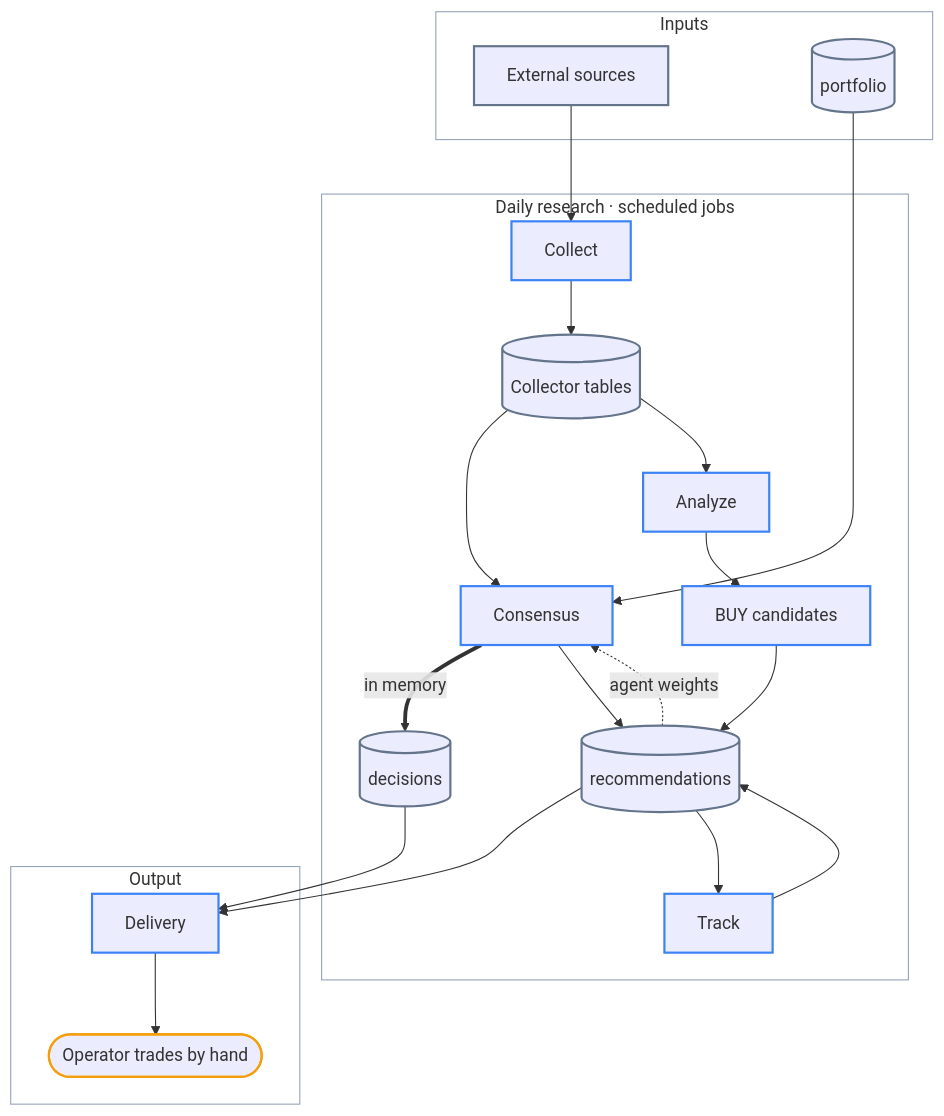
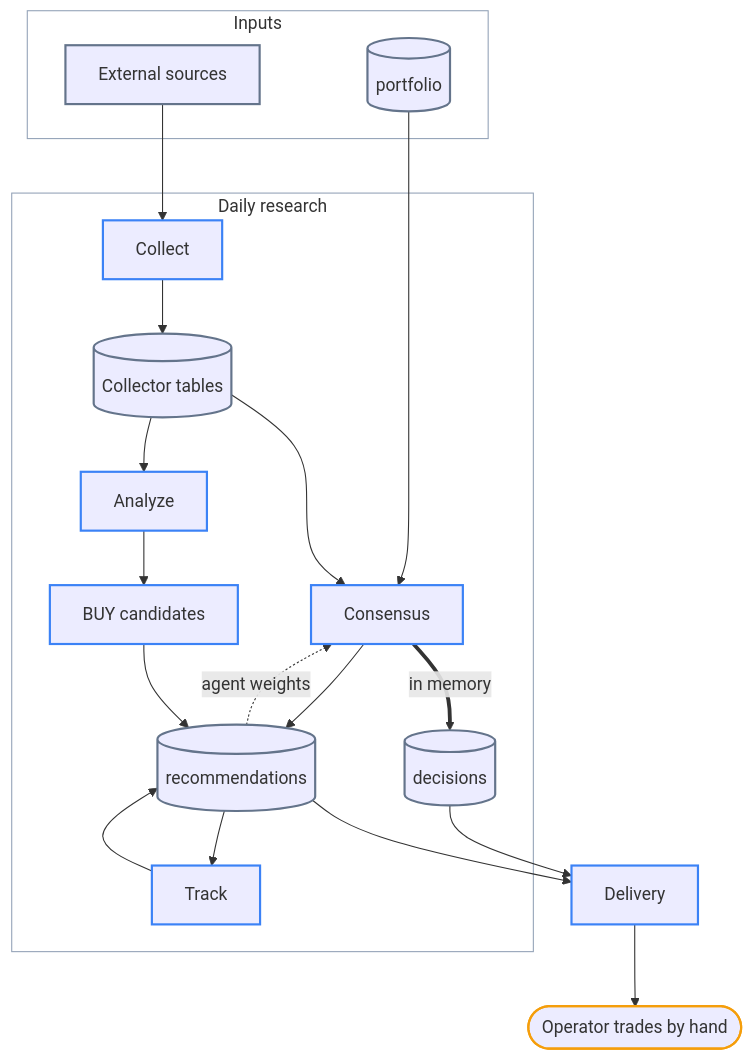
The diagram in README.md (researcherhojin/nuri-quant), drawn with Mermaid before and after one commit. The commit also changed other lines of this file, not shown here.

Commit message:
docs(readme): keep diagram lines off the frame titles (#2032)
On GitHub the portfolio edge crossed the research frame title and two
edges crossed the Output title. Drop the two-node Output frame and
shorten the research title.

````diff
--- a/README.md
+++ b/README.md
@@ -22,44 +22,42 @@
 ```mermaid
 flowchart TB
     subgraph INPUTS["Inputs"]
         SRC["External sources"]
         PF[("portfolio")]
     end
-    subgraph RESEARCH["Daily research · scheduled jobs"]
+    subgraph RESEARCH["Daily research"]
         COL["Collect"]
         TAB[("Collector tables")]
         CON["Consensus"]
         FAC["Analyze"]
         BUY["BUY candidates"]
         DEC[("decisions")]
         REC[("recommendations")]
         TRK["Track"]
     end
-    subgraph OUTPUT["Output"]
-        OUT["Delivery"]
-        YOU(["Operator trades by hand"])
-    end
+    OUT["Delivery"]
+    YOU(["Operator trades by hand"])
 
     SRC --> COL --> TAB
     TAB --> CON
     PF --> CON
     TAB --> FAC --> BUY
     CON ==>|in memory| DEC
     CON --> REC
     BUY --> REC
     REC -.->|agent weights| CON
     DEC --> OUT
     REC --> OUT
     REC --> TRK
     TRK --> REC
     OUT --> YOU
 
     classDef step  stroke:#3b82f6,stroke-width:2px
     classDef store stroke:#64748b,stroke-width:2px
     classDef human stroke:#f59e0b,stroke-width:2px
     classDef zone  fill:none,stroke:#94a3b8,stroke-width:1px
     class COL,FAC,CON,BUY,TRK,OUT step
     class SRC,TAB,PF,REC,DEC store
     class YOU human
-    class INPUTS,RESEARCH,OUTPUT zone
+    class INPUTS,RESEARCH zone
 ```
````
